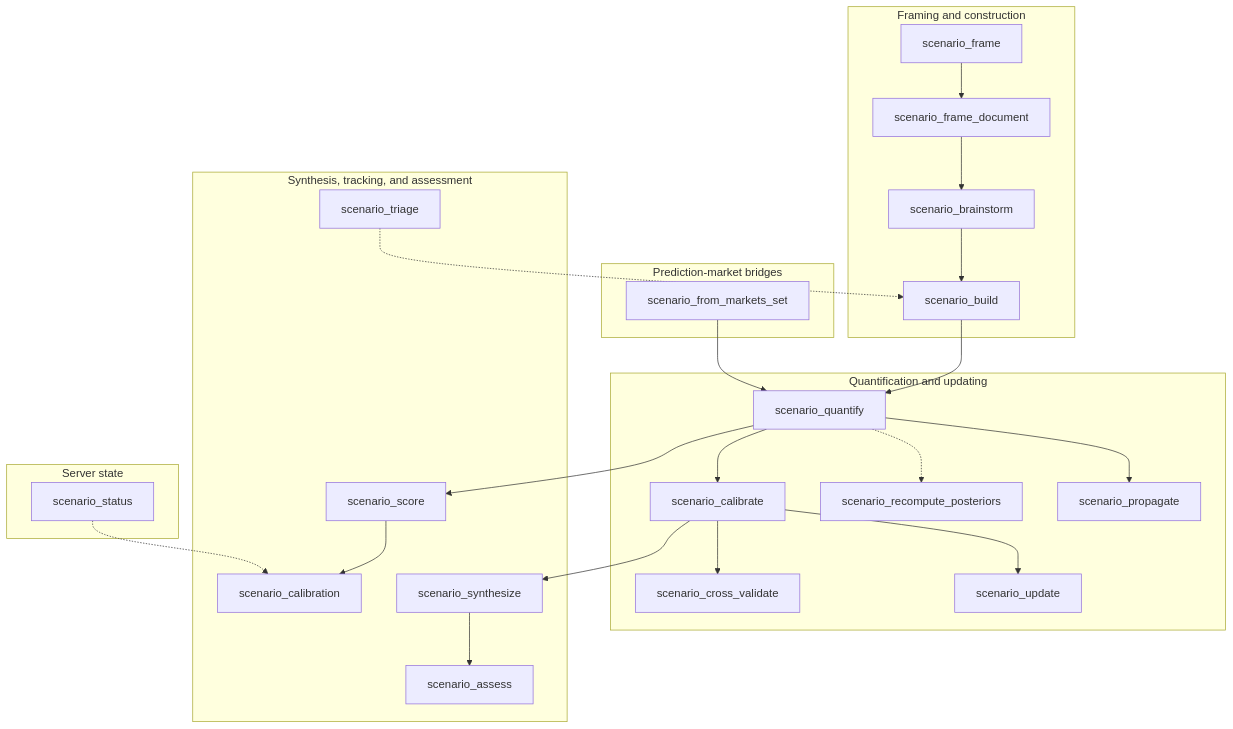
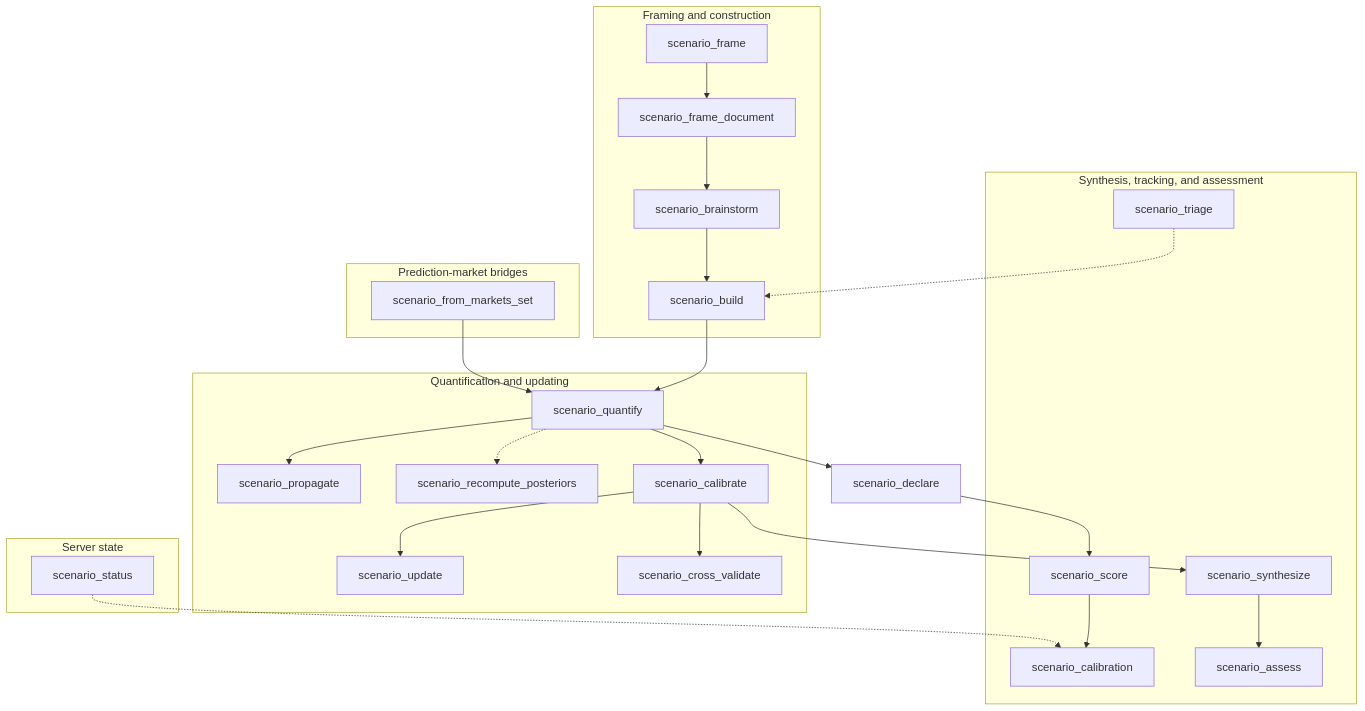
Before and after one commit to mdz-axo/zed-kask: the diagram in kask/docs/reference/mcp-servers/scenarios.md, drawn with Mermaid. The commit also changed other lines of this file and 32 other files, not shown here.

````diff
--- a/kask/docs/reference/mcp-servers/scenarios.md
+++ b/kask/docs/reference/mcp-servers/scenarios.md
@@ -23,45 +23,45 @@
 ```mermaid
 flowchart TD
     subgraph Framing["Framing and construction"]
         frame["scenario_frame"] --> frame_doc["scenario_frame_document"]
         frame_doc --> brainstorm["scenario_brainstorm"] --> build["scenario_build"]
     end
 
     subgraph Bridges["Prediction-market bridges"]
         markets["scenario_from_markets_set"]
     end
 
     subgraph Computation["Quantification and updating"]
         quantify["scenario_quantify"]
         propagate["scenario_propagate"]
         posteriors["scenario_recompute_posteriors"]
         calibrate["scenario_calibrate"]
         update["scenario_update"]
         cross_validate["scenario_cross_validate"]
     end
 
     subgraph Synthesis["Synthesis, tracking, and assessment"]
         synthesize["scenario_synthesize"]
         score["scenario_score"]
         calibration["scenario_calibration"]
         triage["scenario_triage"]
         assess["scenario_assess"]
     end
 
     subgraph State["Server state"]
         status["scenario_status"]
     end
 
     build --> quantify
     markets --> quantify
     quantify --> propagate
     quantify -.-> posteriors
     quantify --> calibrate
     calibrate --> update
     calibrate --> cross_validate
     calibrate --> synthesize
-    quantify --> score --> calibration
+    quantify --> declare["scenario_declare"] --> score --> calibration
     synthesize --> assess
     triage -.-> build
     status -.-> calibration
 ```
````
